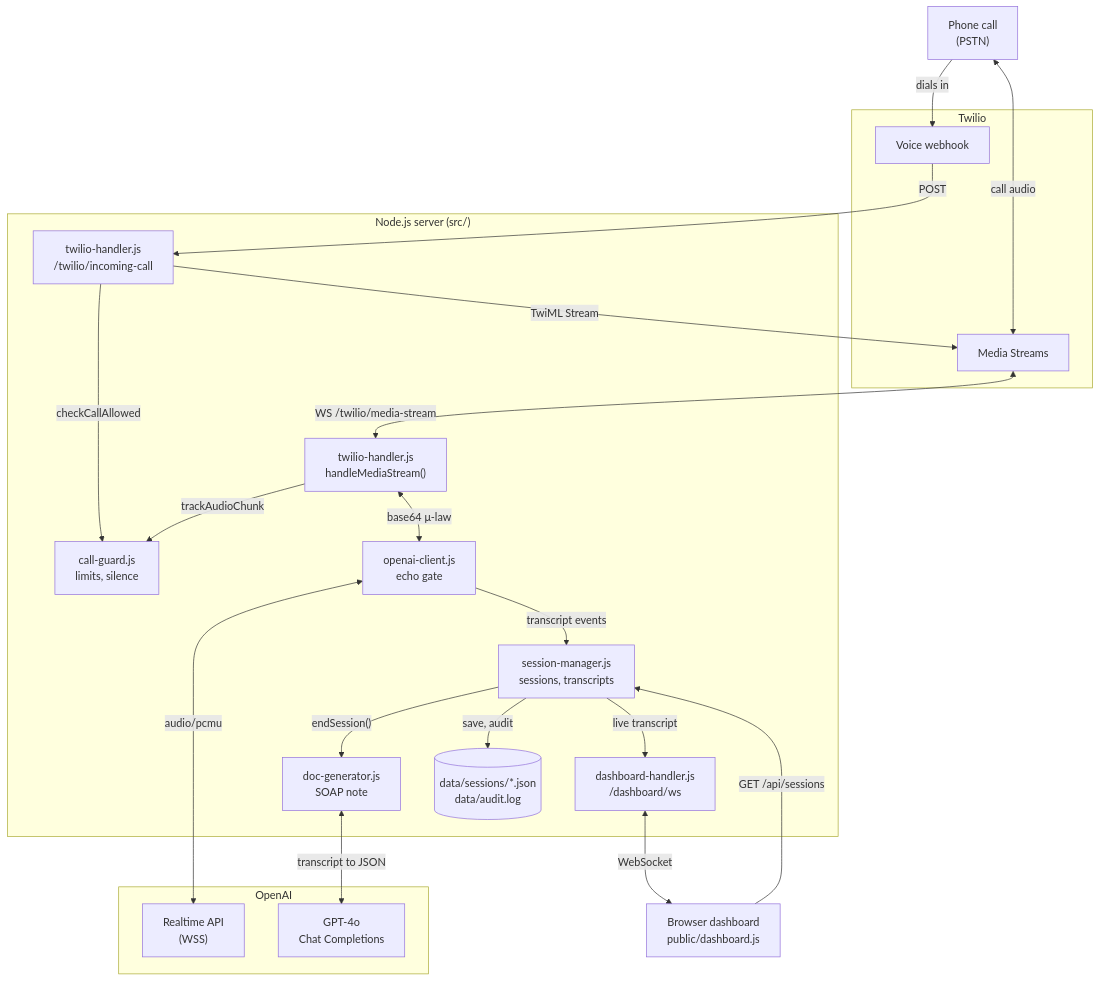
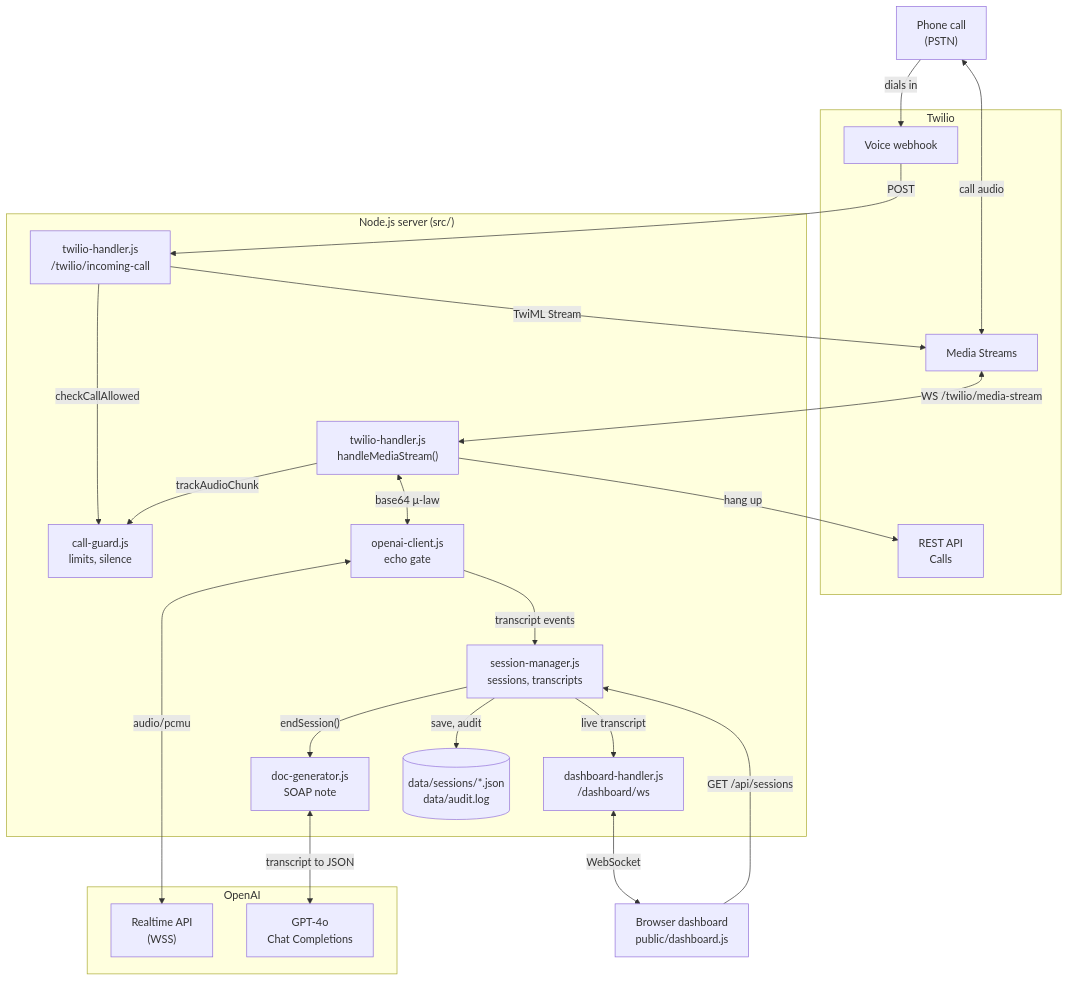
One commit to HenryVarro666/AI-medical-interpreter changed the diagram in README.md. Above: the diagram before and after it, drawn with Mermaid. The commit also changed other lines of this file and 1 other file, not shown here.

````diff
--- a/README.md
+++ b/README.md
@@ -69,44 +70,46 @@
 ```mermaid
 flowchart TD
     PHONE["Phone call<br/>(PSTN)"]
 
     subgraph TW["Twilio"]
         VOICE["Voice webhook"]
         STREAM["Media Streams"]
+        REST["REST API<br/>Calls"]
     end
 
     subgraph SRV["Node.js server (src/)"]
         IC["twilio-handler.js<br/>/twilio/incoming-call"]
         GUARD["call-guard.js<br/>limits, silence"]
         MS["twilio-handler.js<br/>handleMediaStream()"]
         OC["openai-client.js<br/>echo gate"]
         SM["session-manager.js<br/>sessions, transcripts"]
         DH["dashboard-handler.js<br/>/dashboard/ws"]
         DG["doc-generator.js<br/>SOAP note"]
         STORE[("data/sessions/*.json<br/>data/audit.log")]
     end
 
     subgraph OAI["OpenAI"]
         RT["Realtime API<br/>(WSS)"]
         CHAT["GPT-4o<br/>Chat Completions"]
     end
 
     UI["Browser dashboard<br/>public/dashboard.js"]
 
     PHONE -->|"dials in"| VOICE
     PHONE <-->|"call audio"| STREAM
     VOICE -->|"POST"| IC
     IC -->|"TwiML Stream"| STREAM
     IC -->|"checkCallAllowed"| GUARD
     STREAM <-->|"WS /twilio/media-stream"| MS
     MS -->|"trackAudioChunk"| GUARD
+    MS -->|"hang up"| REST
     MS <-->|"base64 μ-law"| OC
     OC <-->|"audio/pcmu"| RT
     OC -->|"transcript events"| SM
     SM -->|"live transcript"| DH
     DH <-->|"WebSocket"| UI
     UI -->|"GET /api/sessions"| SM
     SM -->|"endSession()"| DG
     DG <-->|"transcript to JSON"| CHAT
     SM -->|"save, audit"| STORE
 ```
````
